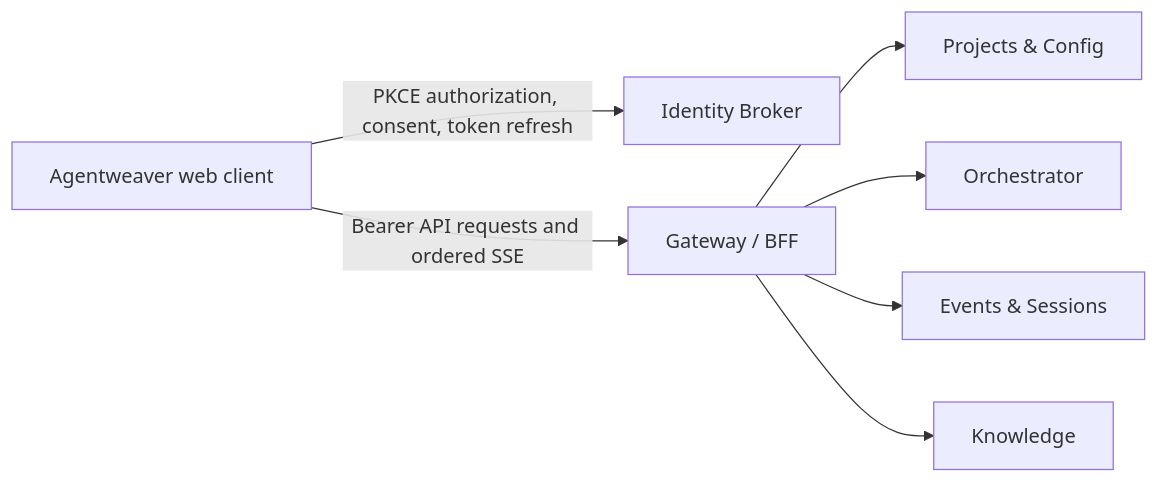
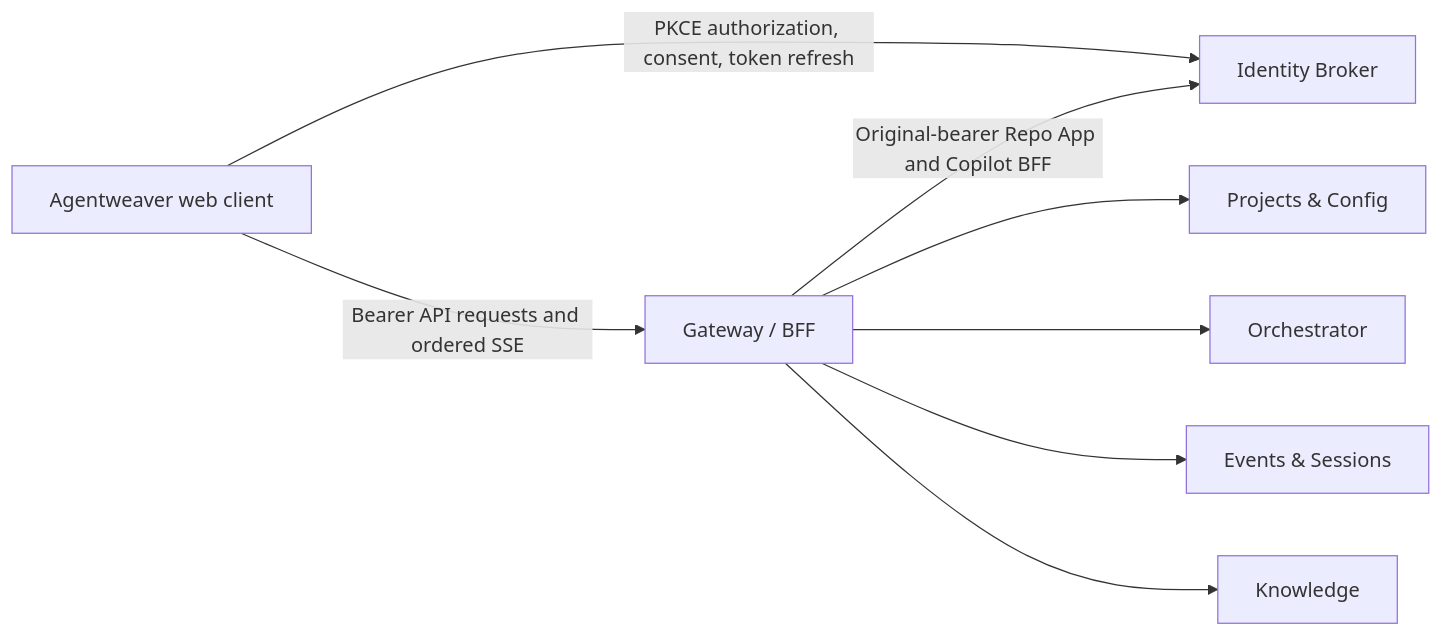
The diagram in docs/guide/web-client.md (sabbour/agentweaver), drawn with Mermaid before and after one commit. The commit also changed other lines of this file and 36 other files, not shown here.

````diff
--- a/docs/guide/web-client.md
+++ b/docs/guide/web-client.md
@@ -8,17 +8,18 @@
 ```mermaid
 flowchart LR
   Browser[Agentweaver web client]
   Broker[Identity Broker]
   Gateway[Gateway / BFF]
   Projects[Projects & Config]
   Orchestrator[Orchestrator]
   Events[Events & Sessions]
   Knowledge[Knowledge]
 
   Browser -->|PKCE authorization, consent, token refresh| Broker
   Browser -->|Bearer API requests and ordered SSE| Gateway
+  Gateway -->|Original-bearer Repo App and Copilot BFF| Broker
   Gateway --> Projects
   Gateway --> Orchestrator
   Gateway --> Events
   Gateway --> Knowledge
 ```
````
